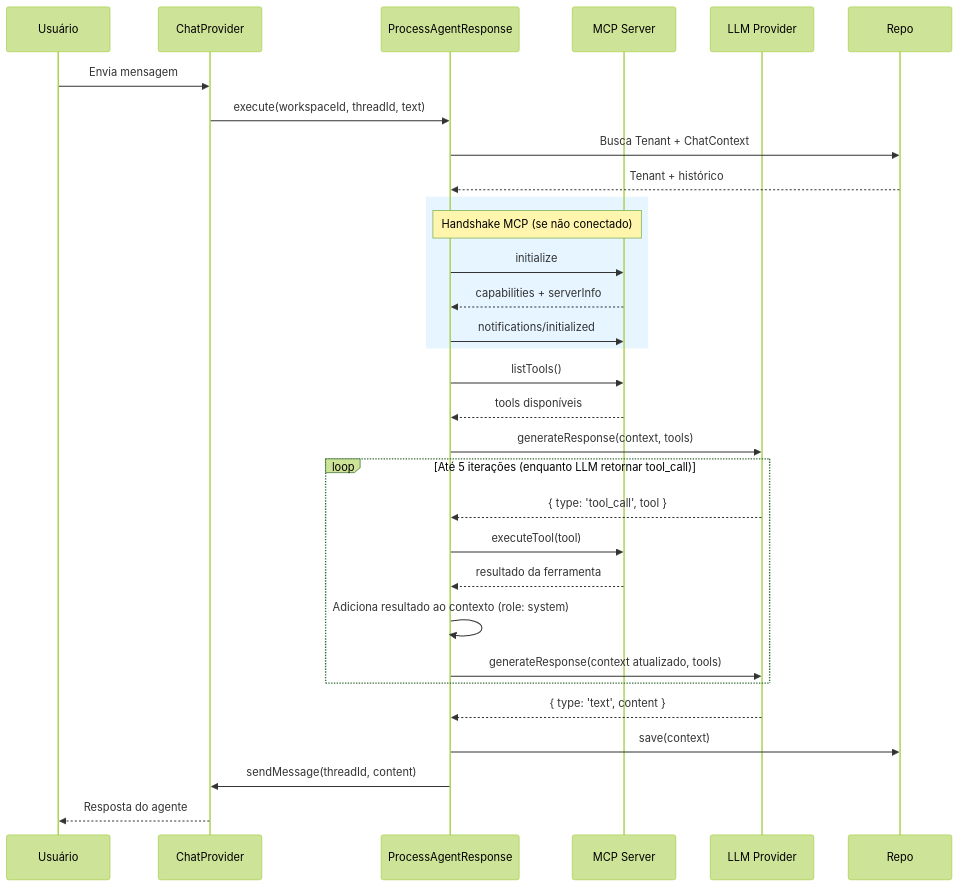
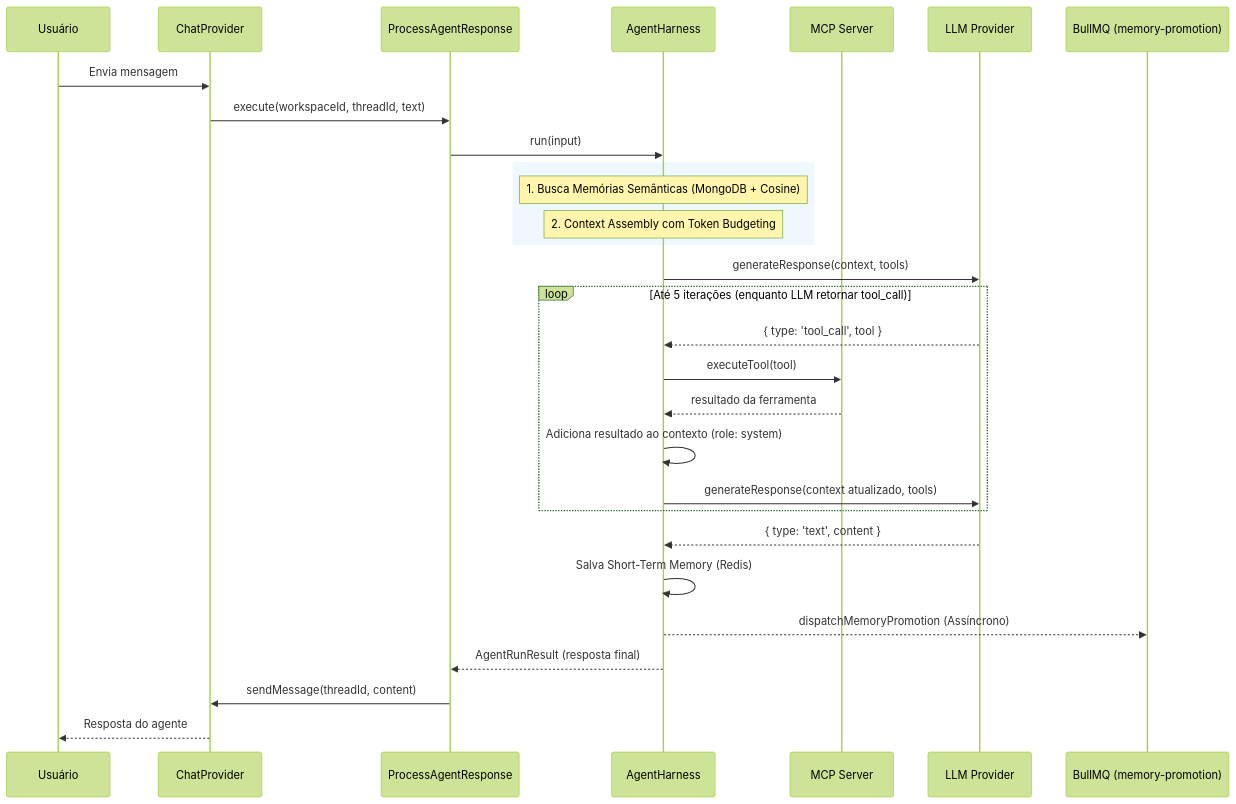
The second of 2 diagrams in README.md (luisfelix-93/support-agent), drawn with Mermaid (forest theme) before and after one commit. The commit also changed other lines of this file, not shown here.

````diff
--- a/README.md
+++ b/README.md
@@ -884,39 +956,36 @@
 ```mermaid
 sequenceDiagram
     participant User as Usuário
     participant Chat as ChatProvider
     participant UC as ProcessAgentResponse
+    participant Harness as AgentHarness
     participant MCP as MCP Server
     participant LLM as LLM Provider
+    participant Queue as BullMQ (memory-promotion)
 
     User->>Chat: Envia mensagem
     Chat->>UC: execute(workspaceId, threadId, text)
+    UC->>Harness: run(input)
     
-    UC->>Repo: Busca Tenant + ChatContext
-    Repo-->>UC: Tenant + histórico
+    rect rgb(240, 248, 255)
+        Note over Harness: 1. Busca Memórias Semânticas (MongoDB + Cosine)
+        Note over Harness: 2. Context Assembly com Token Budgeting
+    end
+
+    Harness->>LLM: generateResponse(context, tools)
     
-    rect rgb(230, 245, 255)
-        Note over UC,MCP: Handshake MCP (se não conectado)
-        UC->>MCP: initialize
-        MCP-->>UC: capabilities + serverInfo
-        UC->>MCP: notifications/initialized
+    loop Até 5 iterações (enquanto LLM retornar tool_call)
+        LLM-->>Harness: { type: 'tool_call', tool }
+        Harness->>MCP: executeTool(tool)
+        MCP-->>Harness: resultado da ferramenta
+        Harness->>Harness: Adiciona resultado ao contexto (role: system)
+        Harness->>LLM: generateResponse(context atualizado, tools)
     end
     
-    UC->>MCP: listTools()
-    MCP-->>UC: tools disponíveis
-    UC->>LLM: generateResponse(context, tools)
-    
-    loop Até 5 iterações (enquanto LLM retornar tool_call)
-        LLM-->>UC: { type: 'tool_call', tool }
-        UC->>MCP: executeTool(tool)
-        MCP-->>UC: resultado da ferramenta
-        UC->>UC: Adiciona resultado ao contexto (role: system)
-        UC->>LLM: generateResponse(context atualizado, tools)
-    end
-    
-    LLM-->>UC: { type: 'text', content }
-    
-    UC->>Repo: save(context)
+    LLM-->>Harness: { type: 'text', content }
+    Harness->>Harness: Salva Short-Term Memory (Redis)
+    Harness-->>Queue: dispatchMemoryPromotion (Assíncrono)
+    Harness-->>UC: AgentRunResult (resposta final)
     UC->>Chat: sendMessage(threadId, content)
     Chat-->>User: Resposta do agente
 ```
````
